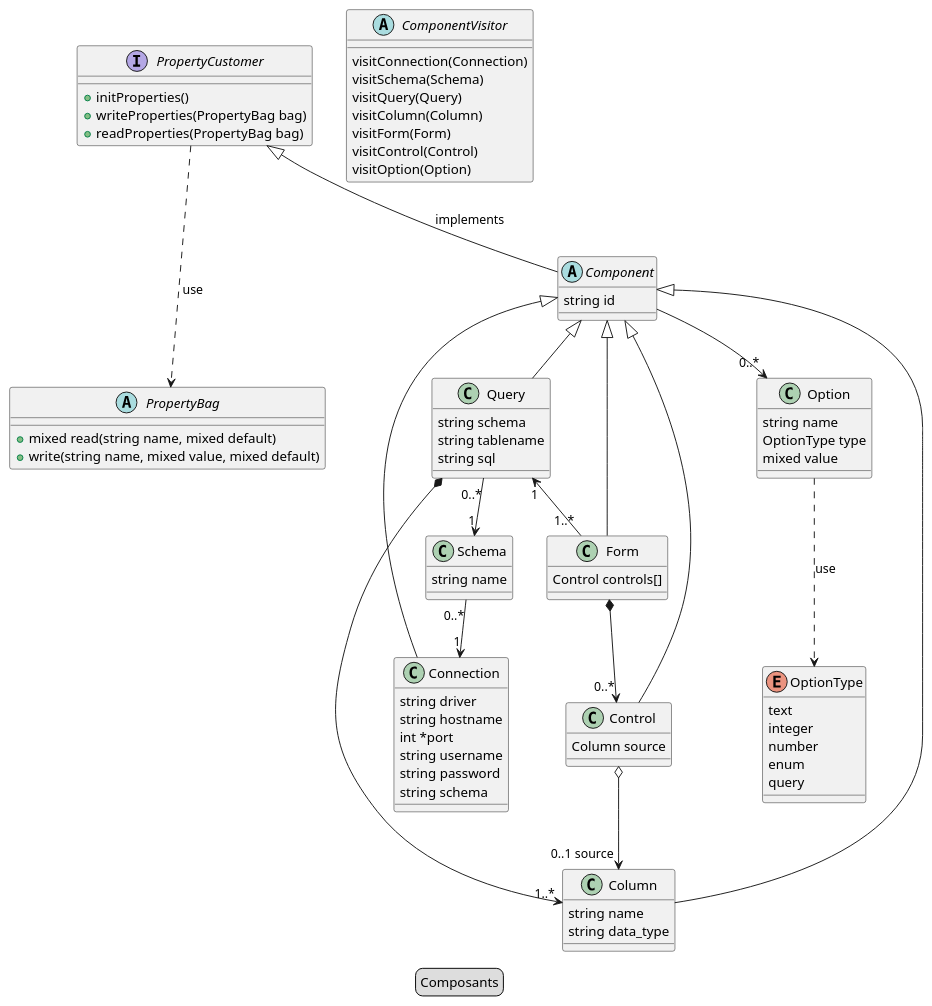
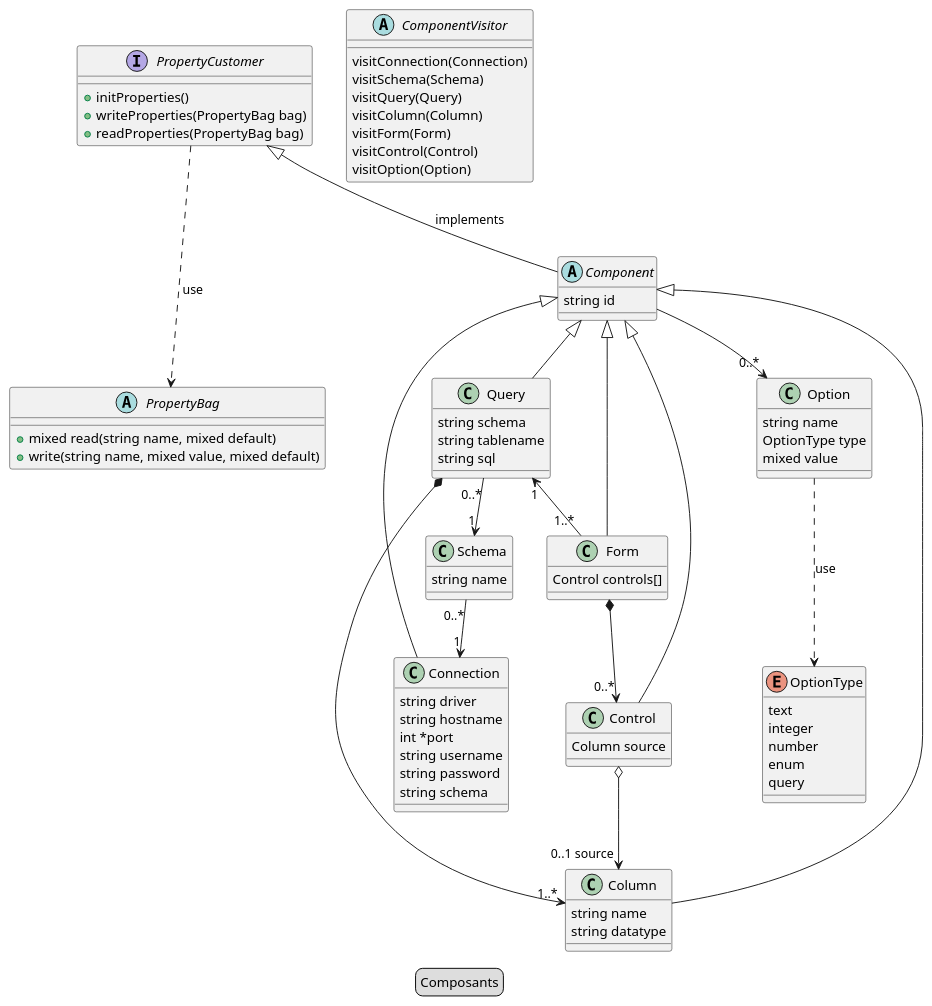
Before and after one commit to guedel/phptools: the diagram in gen-form/doc/composants.puml, drawn with PlantUML. The commit also changed 10 other files, not shown here.

```diff
--- a/gen-form/doc/composants.puml
+++ b/gen-form/doc/composants.puml
@@ -1,92 +1,92 @@
 @startuml
 legend
 		Composants
 endlegend
 
 abstract class PropertyBag {
   + mixed read(string name, mixed default)
   + write(string name, mixed value, mixed default)
 }
 
 PropertyCustomer ...> PropertyBag : use
 interface PropertyCustomer {
   + initProperties()
   + writeProperties(PropertyBag bag)
   + readProperties(PropertyBag bag)
 }
 
 PropertyCustomer <|-- Component : implements
 abstract class Component {
   string id
 }
 
 abstract class ComponentVisitor {
   visitConnection(Connection)
   visitSchema(Schema)
   visitQuery(Query)
   visitColumn(Column)
   visitForm(Form)
   visitControl(Control)
   visitOption(Option)
 }
 
 Component <|-- Connection
 class Connection {
   string driver
   string hostname
   int *port
   string username
   string password
   string schema
 }
 
 Schema "0..*" --> "1" Connection
 class Schema {
   string name
 }
 
 Query "0..*" --> "1" Schema
 Component <|-- Query
 class Query {
   string schema
   string tablename
   string sql
 }
 
 Query "1" <-- "1..*" Form
 Form *--> "0..*" Control
 Component <|-- Form
 class Form {
    Control controls[]
 }
 
 enum OptionType {
   text
   integer
   number
   enum
   query
 }
 
 Component <|-- Column
 Query *--> "1..*" Column
 class Column {
   string name
-  string data_type
+  string datatype
 }
 
 Component --> "0..*" Option
 Component <|-- Control
 Control o--> "0..1 source" Column
 class Control {
   Column source
 }
 
 Option ...> OptionType : use
 class Option {
   string name
   OptionType type
   mixed value
 }
 
 @enduml
```
